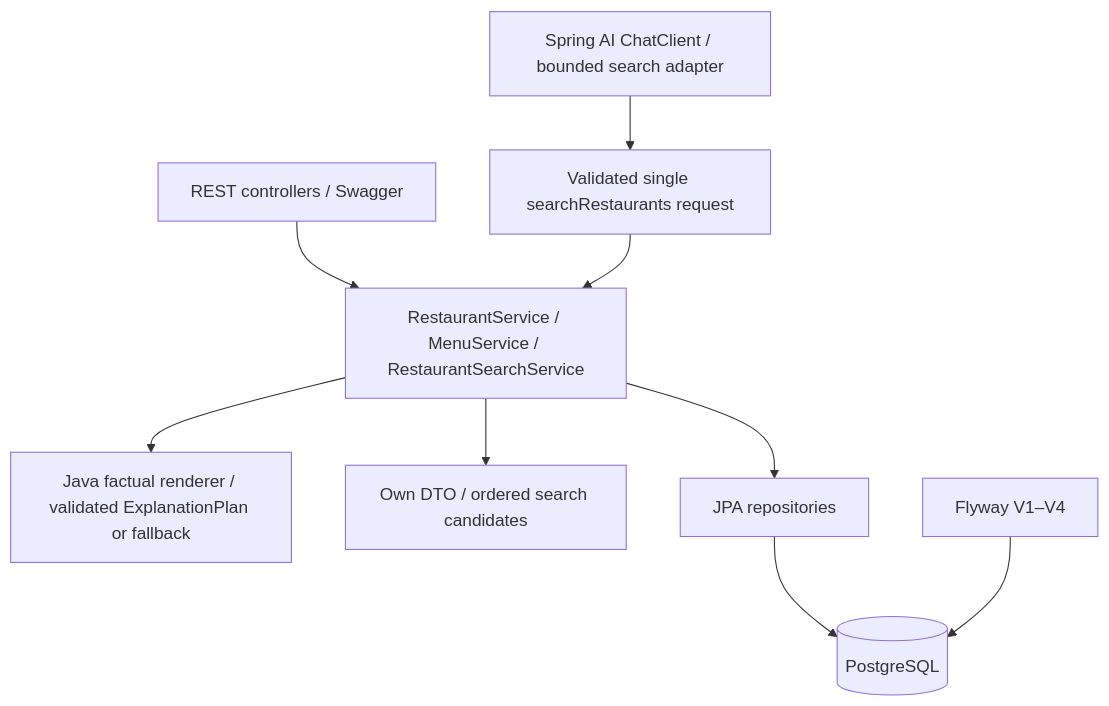
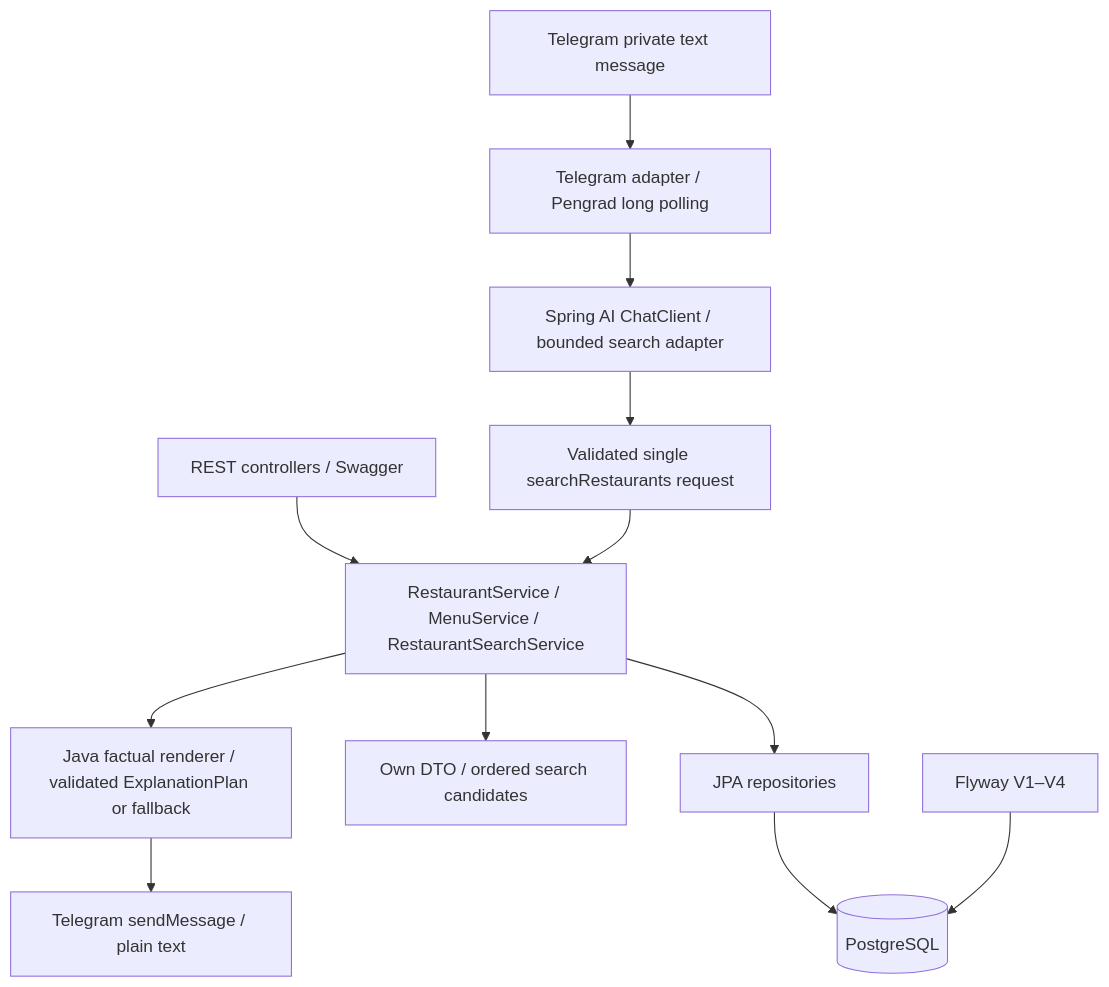
One commit to ilyakutarba-source/minsk-restaurant-ai-bot changed the diagram in docs/ARCHITECTURE.md. Above: the diagram before and after it, drawn with Mermaid. The commit also changed other lines of this file and 11 other files, not shown here.

````diff
--- a/docs/ARCHITECTURE.md
+++ b/docs/ARCHITECTURE.md
@@ -9,11 +9,14 @@
 ```mermaid
 flowchart TD
+    TELEGRAM[Telegram private text message] --> TRANSPORT[Telegram adapter / Pengrad long polling]
+    TRANSPORT --> AI
     REST[REST controllers / Swagger] --> SERVICES[RestaurantService / MenuService / RestaurantSearchService]
     AI[Spring AI ChatClient / bounded search adapter] --> TOOL[Validated single searchRestaurants request]
     TOOL --> SERVICES
     SERVICES --> CARDS[Java factual renderer / validated ExplanationPlan or fallback]
+    CARDS --> SEND[Telegram sendMessage / plain text]
     SERVICES --> DTO[Own DTO / ordered search candidates]
     SERVICES --> JPA[JPA repositories]
     JPA --> PG[(PostgreSQL)]
     FLYWAY[Flyway V1–V4] --> PG
 ```
````
